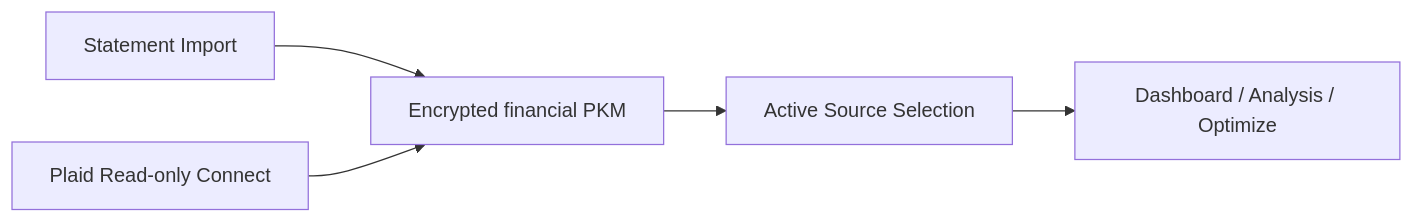
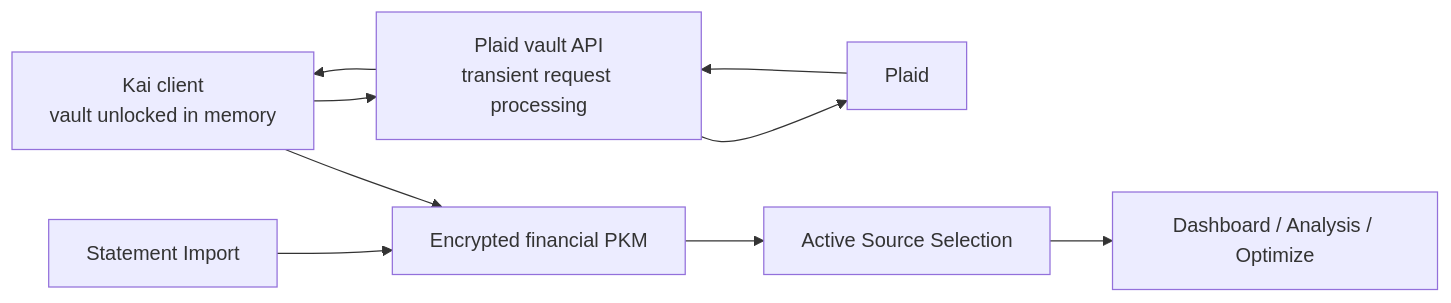
One commit to hushh-labs/hushh-research changed the diagram in docs/reference/kai/kai-brokerage-connectivity-architecture.md. Above: the diagram before and after it, drawn with Mermaid. The commit also changed other lines of this file and 22 other files, not shown here.

````diff
--- a/docs/reference/kai/kai-brokerage-connectivity-architecture.md
+++ b/docs/reference/kai/kai-brokerage-connectivity-architecture.md
@@ -6,11 +6,14 @@
 ```mermaid
 flowchart LR
   statement["Statement Import"]
-  plaid["Plaid Read-only Connect"]
+  device["Kai client<br/>vault unlocked in memory"]
+  relay["Plaid vault API<br/>transient request processing"]
+  plaid["Plaid"]
   financial["Encrypted financial PKM"]
   source["Active Source Selection"]
   surfaces["Dashboard / Analysis / Optimize"]
   statement --> financial
-  plaid --> financial
+  device --> relay --> plaid
+  plaid --> relay --> device --> financial
   financial --> source --> surfaces
 ```
````
